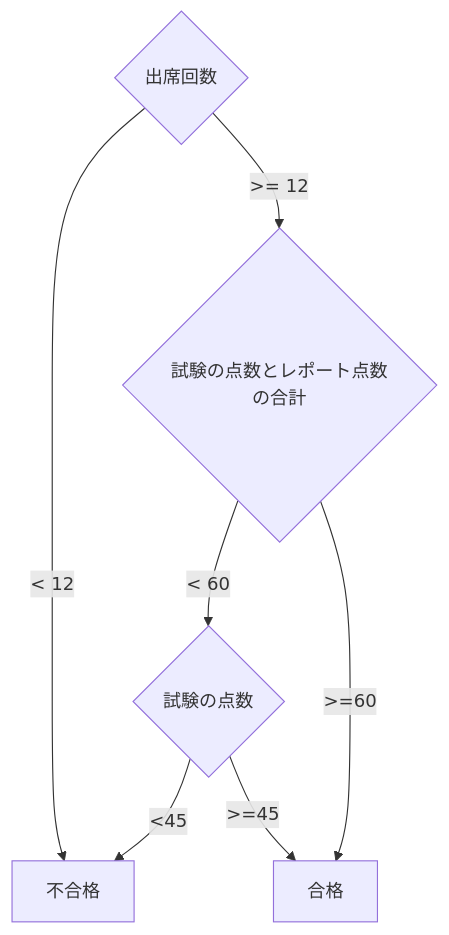
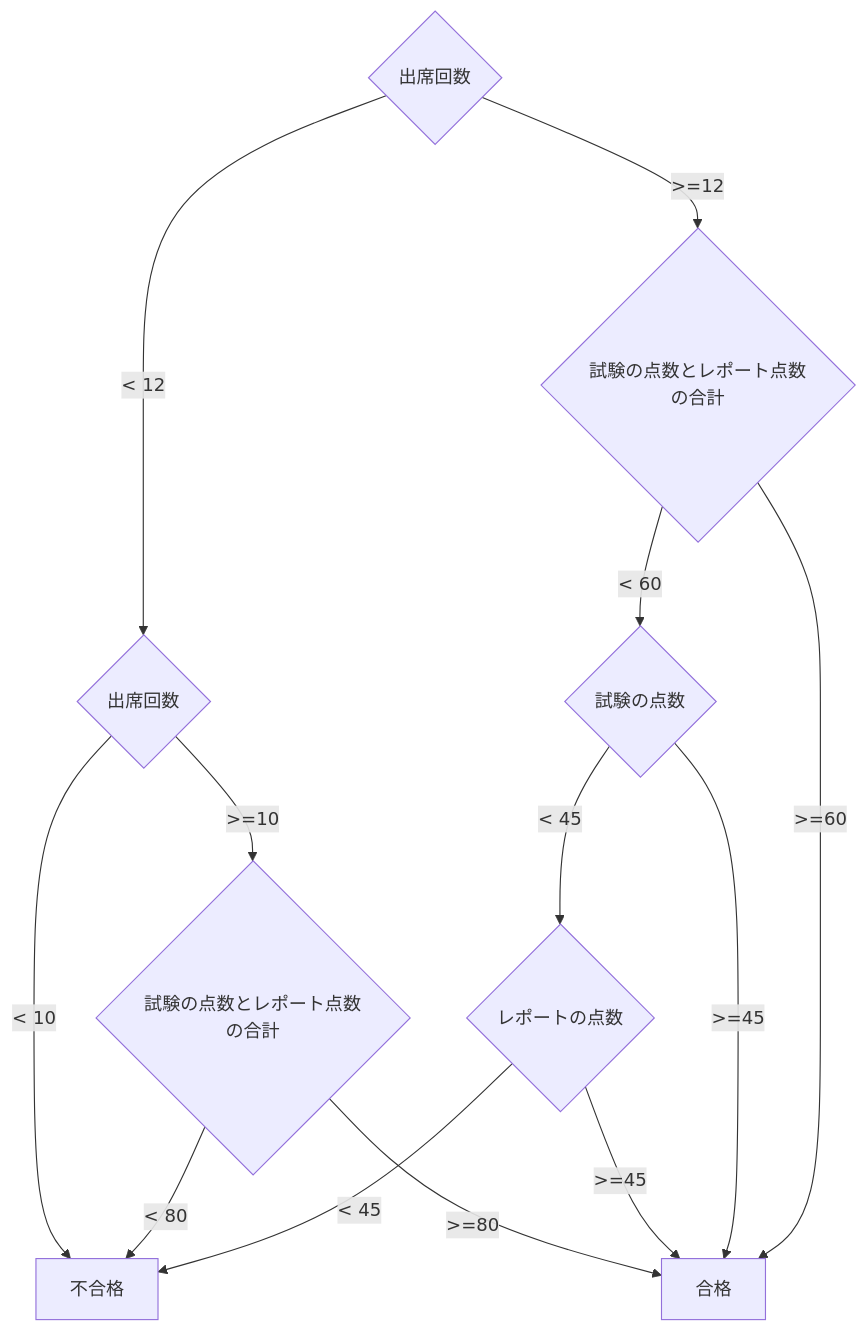
One commit to ShouyaKamoshita/mermaid-test changed the diagram in README.md. Above: the diagram before and after it, drawn with Mermaid.

````diff
--- a/README.md
+++ b/README.md
@@ -1,15 +1,24 @@
 ```mermaid
 flowchart TD
 attend{出席回数}
+attend2{出席回数}
+report2{試験の点数とレポート点数の合計}
 report{試験の点数とレポート点数の合計}
 exam{試験の点数}
+report3{レポートの点数}
 pass[合格]
 fail[不合格]
-attend -->|< 12| fail
-attend -->|>= 12| report
+attend -->|< 12| attend2
+attend2 -->|< 10| fail
+attend2 -->|>=10| report2
+report2 -->|>=80| pass
+report2 -->|< 80| fail
+attend -->|>=12| report
 report -->|< 60| exam
-exam -->|<45| fail
+exam -->|< 45| report3
+report3 -->|< 45| fail
+report3 -->|>=45| pass
 exam -->|>=45| pass
 report -->|>=60| pass
 
 ```
````
